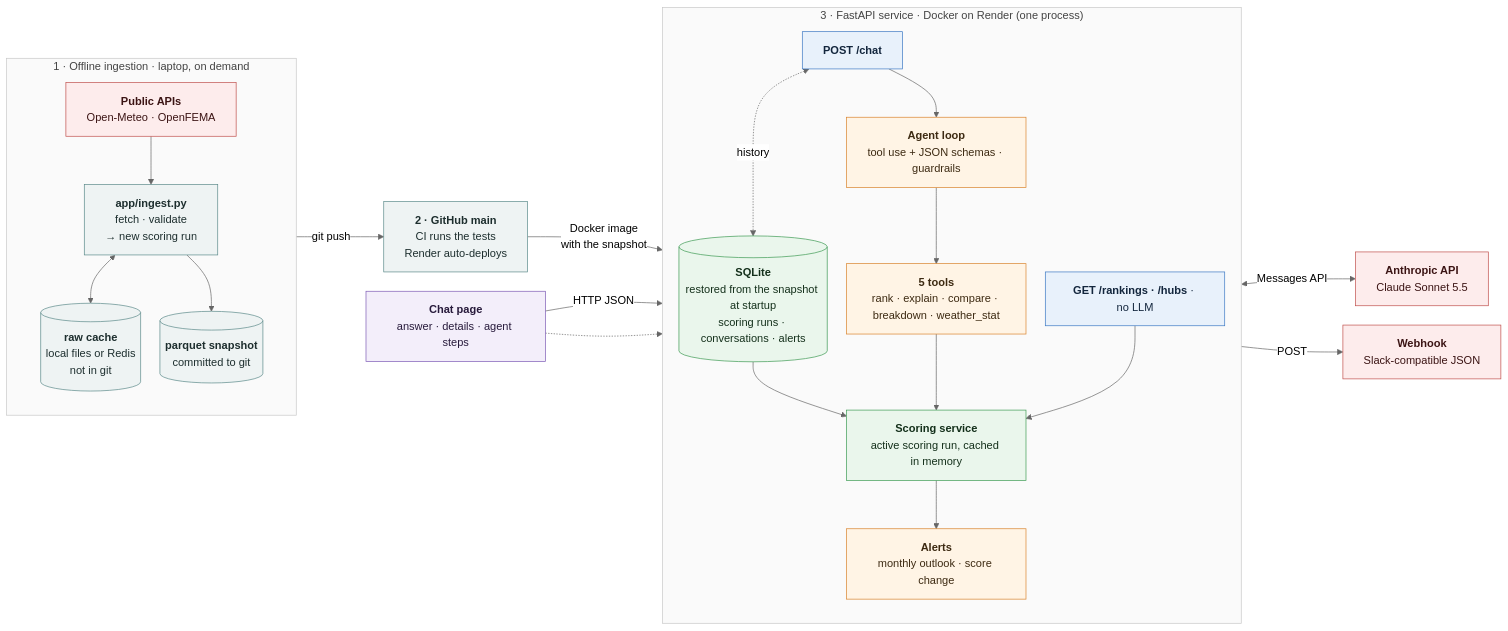
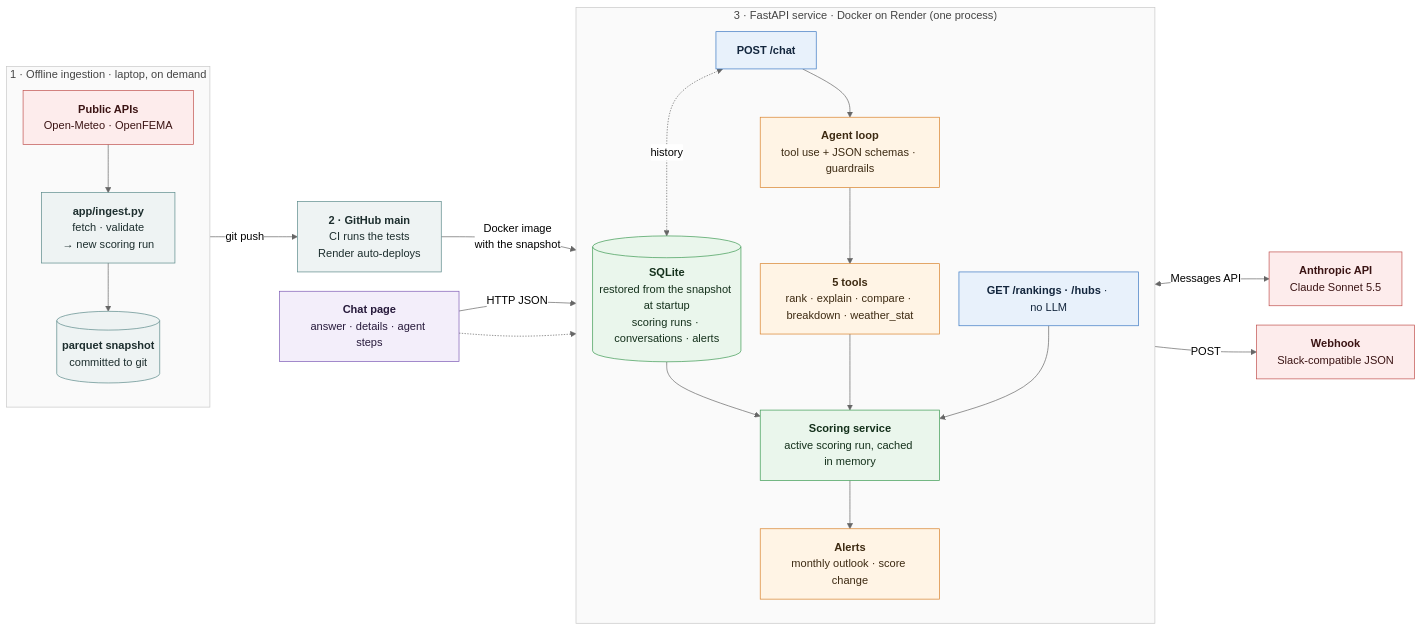
One commit to Omer212111/Home-assignment-Moveo changed the diagram in README.md. Above: the diagram before and after it, drawn with Mermaid (neutral theme). The commit also changed other lines of this file and 2 other files, not shown here.

First line of the commit message:
README: no mention of the raw API cache (diagram, sections 7 and 9, settings, repository tree)

````diff
--- a/README.md
+++ b/README.md
@@ -21,64 +21,62 @@
 ```mermaid
 ---
 config:
   flowchart:
     curve: basis
     nodeSpacing: 28
     rankSpacing: 45
 ---
 flowchart LR
     subgraph OFF["1 · Offline ingestion · laptop, on demand"]
         direction TB
         APIS["<b>Public APIs</b><br/>Open-Meteo · OpenFEMA"]
         ING["<b>app/ingest.py</b><br/>fetch · validate<br/>→ new scoring run"]
-        RAW[("<b>raw cache</b><br/>local files or Redis<br/>not in git")]
         SNAP[("<b>parquet snapshot</b><br/>committed to git")]
         APIS --> ING
-        ING <--> RAW
         ING --> SNAP
     end
 
     GIT["<b>2 · GitHub main</b><br/>CI runs the tests<br/>Render auto-deploys"]
 
     subgraph SVC["3 · FastAPI service · Docker on Render (one process)"]
         direction TB
         DB[("<b>SQLite</b><br/>restored from the snapshot at startup<br/>scoring runs · conversations · alerts")]
         ENG["<b>Scoring service</b><br/>active scoring run, cached in memory"]
         CHAT["<b>POST /chat</b>"]
         AGENT["<b>Agent loop</b><br/>tool use + JSON schemas · guardrails"]
         TOOLS["<b>5 tools</b><br/>rank · explain · compare · breakdown · weather_stat"]
         REST["<b>GET /rankings · /hubs</b> · no LLM"]
         ALERT["<b>Alerts</b><br/>monthly outlook · score change"]
         DB --> ENG
         CHAT --> AGENT --> TOOLS --> ENG
         REST --> ENG
         ENG --> ALERT
         CHAT <-. "history" .-> DB
     end
 
     UI["<b>Chat page</b><br/>answer · details · agent steps"]
     CLAUDE["<b>Anthropic API</b><br/>Claude Sonnet 5.5"]
     HOOK["<b>Webhook</b><br/>Slack-compatible JSON"]
 
     SNAP -- "git push" --> GIT
     GIT -- "Docker image<br/>with the snapshot" --> DB
     UI -- "HTTP JSON" --> CHAT
     UI -.-> REST
     AGENT <-- "Messages API" --> CLAUDE
     ALERT -- "POST" --> HOOK
 
     classDef client fill:#f3eefa,stroke:#7d5bb5,color:#271a3b
     classDef api fill:#e8f1fb,stroke:#3b78c3,color:#13263d
     classDef agent fill:#fff4e5,stroke:#d9822b,color:#3d2a12
     classDef ext fill:#fdecec,stroke:#c0504d,color:#3b1414
     classDef eng fill:#eaf6ec,stroke:#3c9a52,color:#14301b
     classDef batch fill:#eef3f3,stroke:#5b8a8a,color:#1d2e2e
     classDef group fill:#fafafa,stroke:#c8c8c8,color:#444
     class UI client
     class CHAT,REST api
     class AGENT,TOOLS,ALERT agent
     class CLAUDE,HOOK,APIS ext
     class ENG,DB eng
-    class ING,RAW,SNAP,GIT batch
+    class ING,SNAP,GIT batch
     class OFF,SVC group
 ```
````
